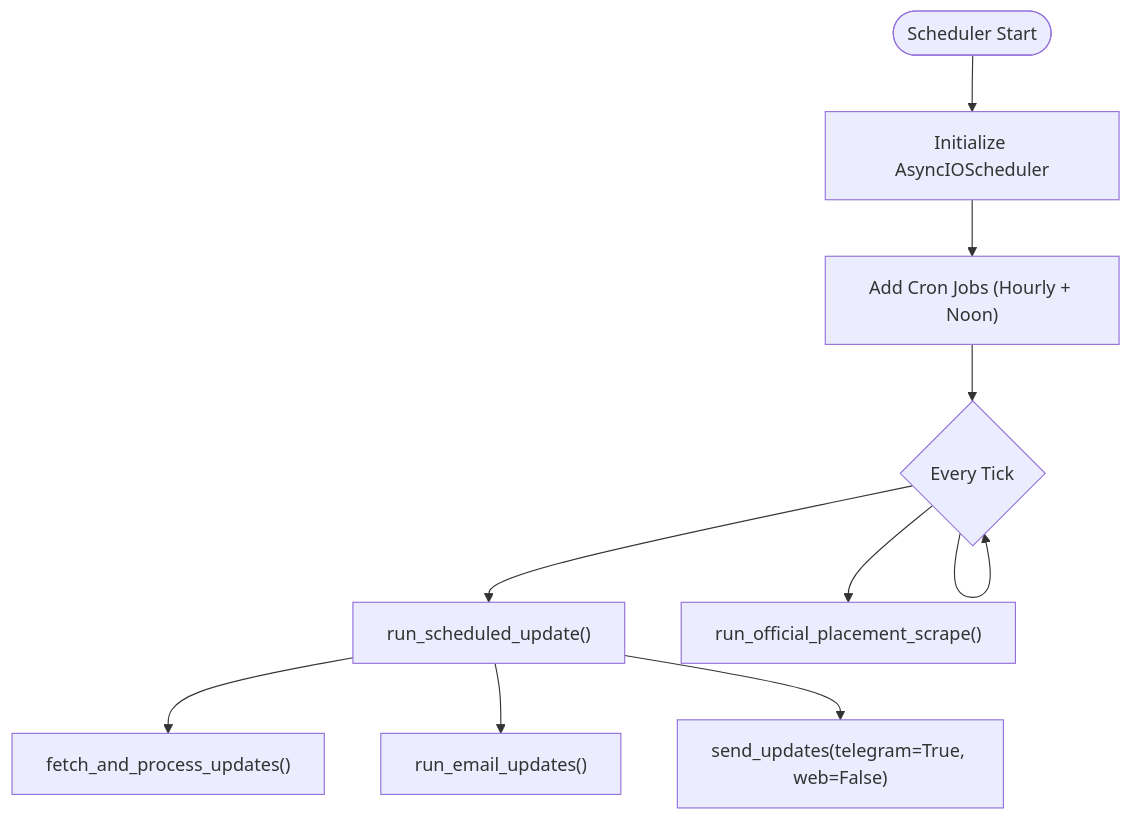
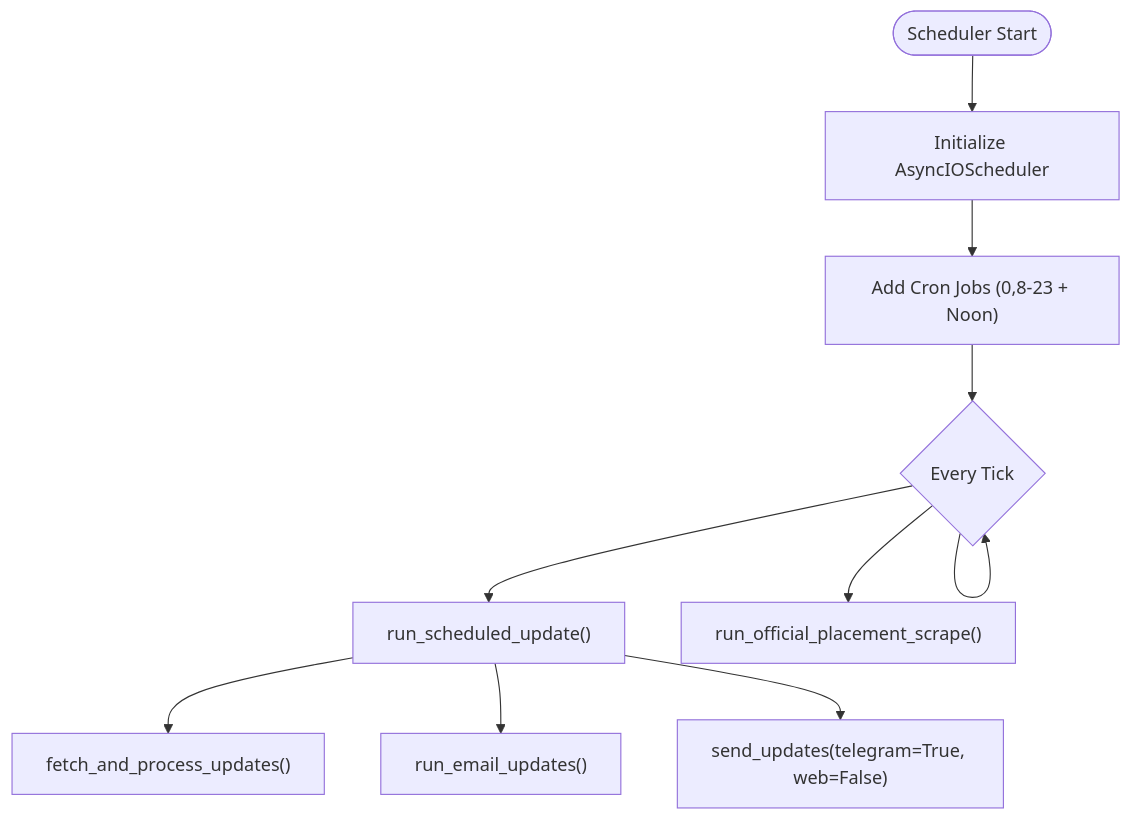
The fourth of 8 diagrams in src/data/docs/jiit-placement-alerts/Server Components/Server Components.md (tashifkhan/tashif.codes), drawn with Mermaid before and after one commit. The commit also changed other lines of this file and 2128 other files, not shown here.

First line of the commit message:
docs: replace raster diagram images with native Mermaid across project guides

````diff
--- a/src/data/docs/jiit-placement-alerts/Server Components/Server Components.md
+++ b/src/data/docs/jiit-placement-alerts/Server Components/Server Components.md
@@ -136,12 +130,12 @@
 ```mermaid
 flowchart TD
 Start(["Scheduler Start"]) --> Init["Initialize AsyncIOScheduler"]
-Init --> Jobs["Add Cron Jobs (Hourly + Noon)"]
+Init --> Jobs["Add Cron Jobs (0,8-23 + Noon)"]
 Jobs --> Loop{"Every Tick"}
 Loop --> Hourly["run_scheduled_update()"]
 Hourly --> SS["fetch_and_process_updates()"]
 Hourly --> EMAIL["run_email_updates()"]
 Hourly --> SEND["send_updates(telegram=True, web=False)"]
 Loop --> Noon["run_official_placement_scrape()"]
 Loop --> Loop
 ```
````
